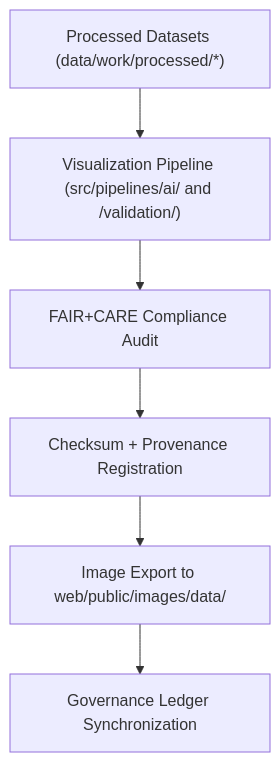
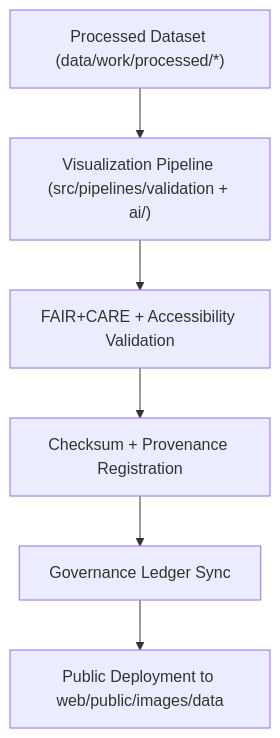
One commit to bartytime4life/Kansas-Frontier-Matrix changed the diagram in web/public/images/data/README.md. Above: the diagram before and after it, drawn with Mermaid. The commit also changed other lines of this file, not shown here.

````diff
--- a/web/public/images/data/README.md
+++ b/web/public/images/data/README.md
@@ -65,8 +57,8 @@
 ```mermaid
 flowchart TD
-    A["Processed Datasets (data/work/processed/*)"] --> B["Visualization Pipeline (src/pipelines/ai/ and /validation/)"]
-    B --> C["FAIR+CARE Compliance Audit"]
-    C --> D["Checksum + Provenance Registration"]
-    D --> E["Image Export to web/public/images/data/"]
-    E --> F["Governance Ledger Synchronization"]
+A["Processed Dataset (data/work/processed/*)"] --> B["Visualization Pipeline (src/pipelines/validation + ai/)"]
+B --> C["FAIR+CARE + Accessibility Validation"]
+C --> D["Checksum + Provenance Registration"]
+D --> E["Governance Ledger Sync"]
+E --> F["Public Deployment to web/public/images/data"]
 ```
````
